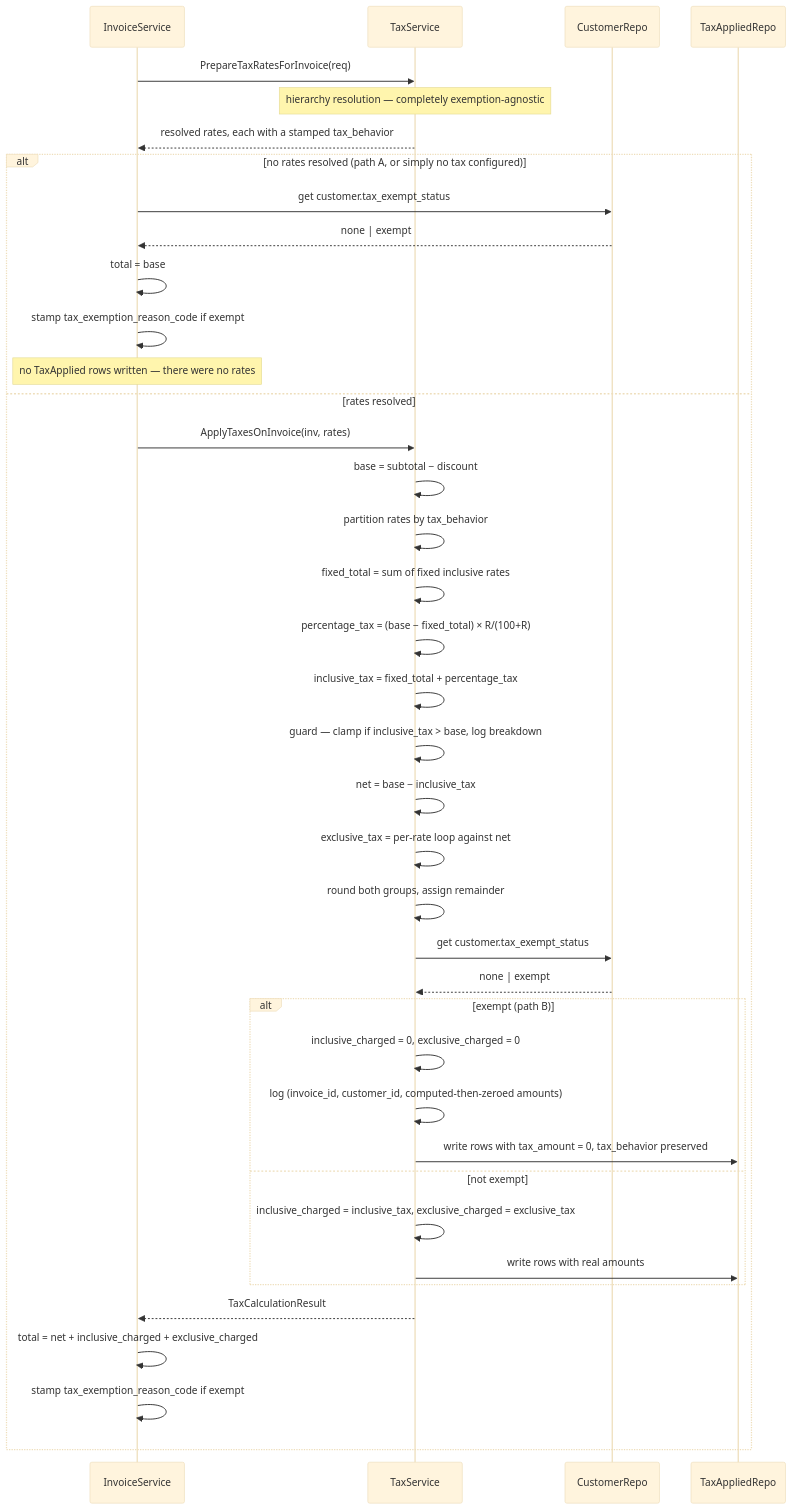
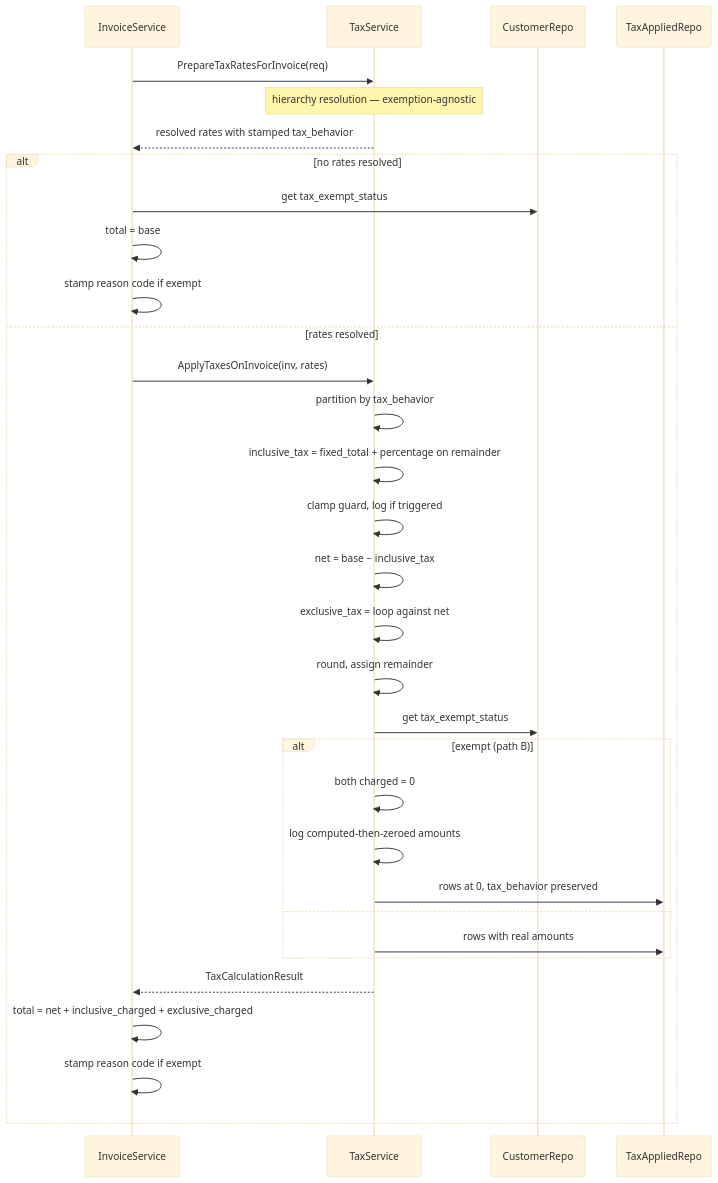
Before and after one commit to flexprice/flexprice: the fifth of 5 diagrams in docs/design/2026-08-17-FLE-1187-taxation-lineitem-inclusive.md, drawn with Mermaid (base theme). The commit also changed other lines of this file, not shown here.

Commit message:
docs(taxation): refine design document for inclusive and exclusive tax handling, clarifying scope and terminology

````diff
--- a/docs/design/2026-08-17-FLE-1187-taxation-lineitem-inclusive.md
+++ b/docs/design/2026-08-17-FLE-1187-taxation-lineitem-inclusive.md
@@ -622,48 +488,38 @@
 ```mermaid
 sequenceDiagram
     participant IS as InvoiceService
     participant TS as TaxService
     participant CR as CustomerRepo
     participant TA as TaxAppliedRepo
 
     IS->>TS: PrepareTaxRatesForInvoice(req)
-    Note over TS: hierarchy resolution — completely exemption-agnostic
-    TS-->>IS: resolved rates, each with a stamped tax_behavior
+    Note over TS: hierarchy resolution — exemption-agnostic
+    TS-->>IS: resolved rates with stamped tax_behavior
 
-    alt no rates resolved (path A, or simply no tax configured)
-        IS->>CR: get customer.tax_exempt_status
-        CR-->>IS: none | exempt
+    alt no rates resolved
+        IS->>CR: get tax_exempt_status
         IS->>IS: total = base
-        IS->>IS: stamp tax_exemption_reason_code if exempt
-        Note over IS: no TaxApplied rows written — there were no rates
+        IS->>IS: stamp reason code if exempt
     else rates resolved
         IS->>TS: ApplyTaxesOnInvoice(inv, rates)
-        TS->>TS: base = subtotal − discount
-        TS->>TS: partition rates by tax_behavior
+        TS->>TS: partition by tax_behavior
+        TS->>TS: inclusive_tax = fixed_total + percentage on remainder
+        TS->>TS: clamp guard, log if triggered
+        TS->>TS: net = base − inclusive_tax
+        TS->>TS: exclusive_tax = loop against net
+        TS->>TS: round, assign remainder
 
-        TS->>TS: fixed_total = sum of fixed inclusive rates
-        TS->>TS: percentage_tax = (base − fixed_total) × R/(100+R)
-        TS->>TS: inclusive_tax = fixed_total + percentage_tax
-        TS->>TS: guard — clamp if inclusive_tax > base, log breakdown
-
-        TS->>TS: net = base − inclusive_tax
-        TS->>TS: exclusive_tax = per-rate loop against net
-        TS->>TS: round both groups, assign remainder
-
-        TS->>CR: get customer.tax_exempt_status
-        CR-->>TS: none | exempt
-
+        TS->>CR: get tax_exempt_status
         alt exempt (path B)
-            TS->>TS: inclusive_charged = 0, exclusive_charged = 0
-            TS->>TS: log (invoice_id, customer_id, computed-then-zeroed amounts)
-            TS->>TA: write rows with tax_amount = 0, tax_behavior preserved
-        else not exempt
-            TS->>TS: inclusive_charged = inclusive_tax, exclusive_charged = exclusive_tax
-            TS->>TA: write rows with real amounts
+            TS->>TS: both charged = 0
+            TS->>TS: log computed-then-zeroed amounts
+            TS->>TA: rows at 0, tax_behavior preserved
+        else
+            TS->>TA: rows with real amounts
         end
 
         TS-->>IS: TaxCalculationResult
         IS->>IS: total = net + inclusive_charged + exclusive_charged
-        IS->>IS: stamp tax_exemption_reason_code if exempt
+        IS->>IS: stamp reason code if exempt
     end
 ```
````
